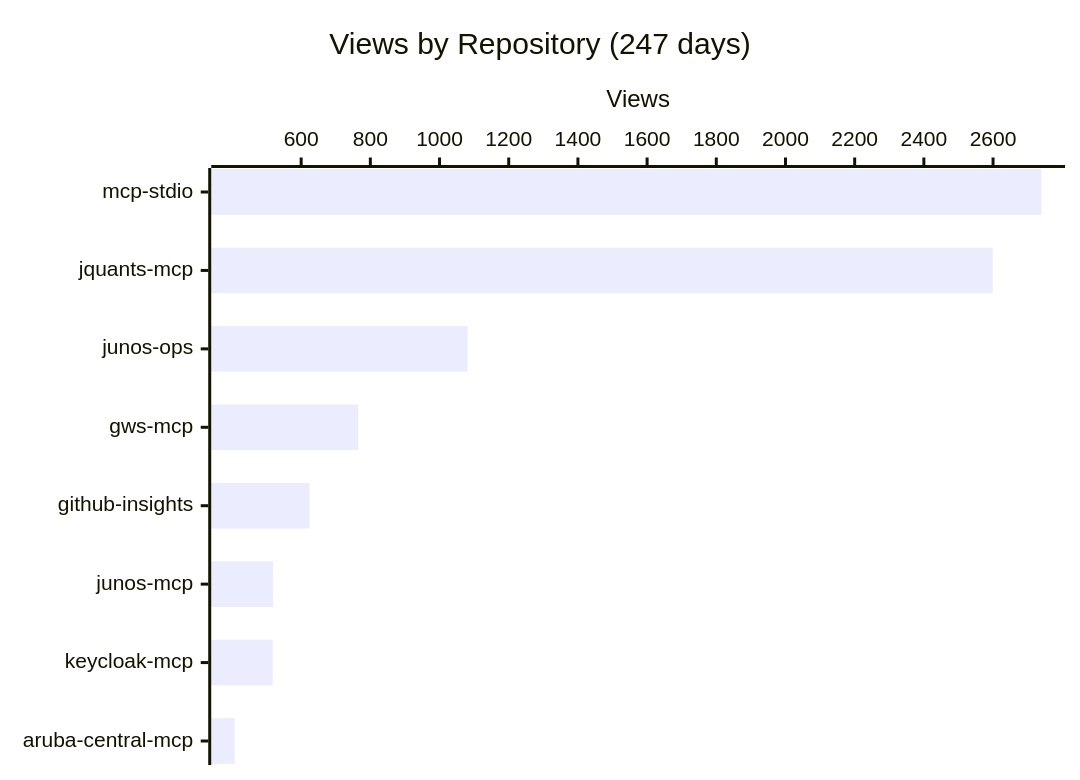
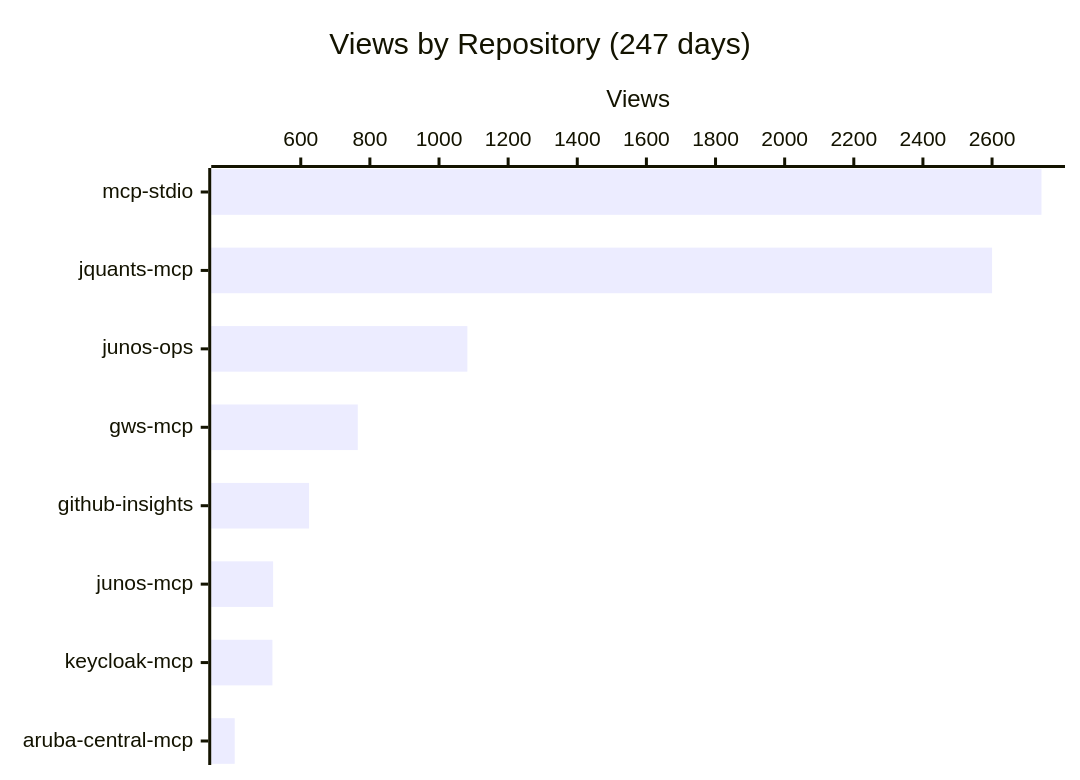
Before and after one commit to shigechika/github-insights: the first of 4 diagrams in README.md, drawn with Mermaid. The commit also changed other lines of this file and 1 other file, not shown here.

````diff
--- a/README.md
+++ b/README.md
@@ -18,7 +18,7 @@
 ```mermaid
 xychart-beta horizontal
     title "Views by Repository (247 days)"
     x-axis ["mcp-stdio", "jquants-mcp", "junos-ops", "gws-mcp", "github-insights", "junos-mcp", "keycloak-mcp", "aruba-central-mcp"]
     y-axis "Views"
-    bar [2740, 2599, 1081, 765, 624, 519, 518, 408]
+    bar [2743, 2600, 1082, 765, 624, 520, 518, 409]
 ```
````
